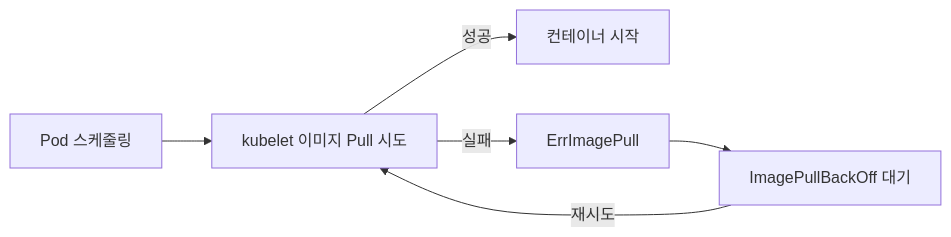
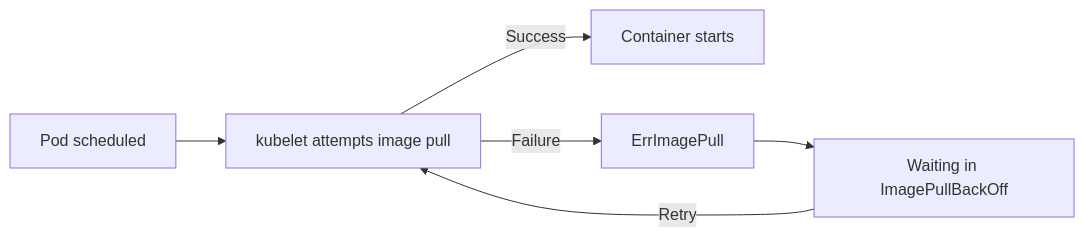
One commit to jeonck/k8s-adv changed the first of 2 diagrams in content/usecases/49-uc-imagepullbackoff.md. Above: the diagram before and after it, drawn with Mermaid. The commit also changed other lines of this file and 223 other files, not shown here.

````diff
--- a/content/usecases/49-uc-imagepullbackoff.md
+++ b/content/usecases/49-uc-imagepullbackoff.md
@@ -20,8 +20,8 @@
 ```mermaid
 flowchart LR
-    A[Pod 스케줄링] --> B[kubelet 이미지 Pull 시도]
-    B -->|성공| C[컨테이너 시작]
-    B -->|실패| D[ErrImagePull]
-    D --> E[ImagePullBackOff 대기]
-    E -->|재시도| B
+    A[Pod scheduled] --> B[kubelet attempts image pull]
+    B -->|Success| C[Container starts]
+    B -->|Failure| D[ErrImagePull]
+    D --> E[Waiting in ImagePullBackOff]
+    E -->|Retry| B
 ```
````
